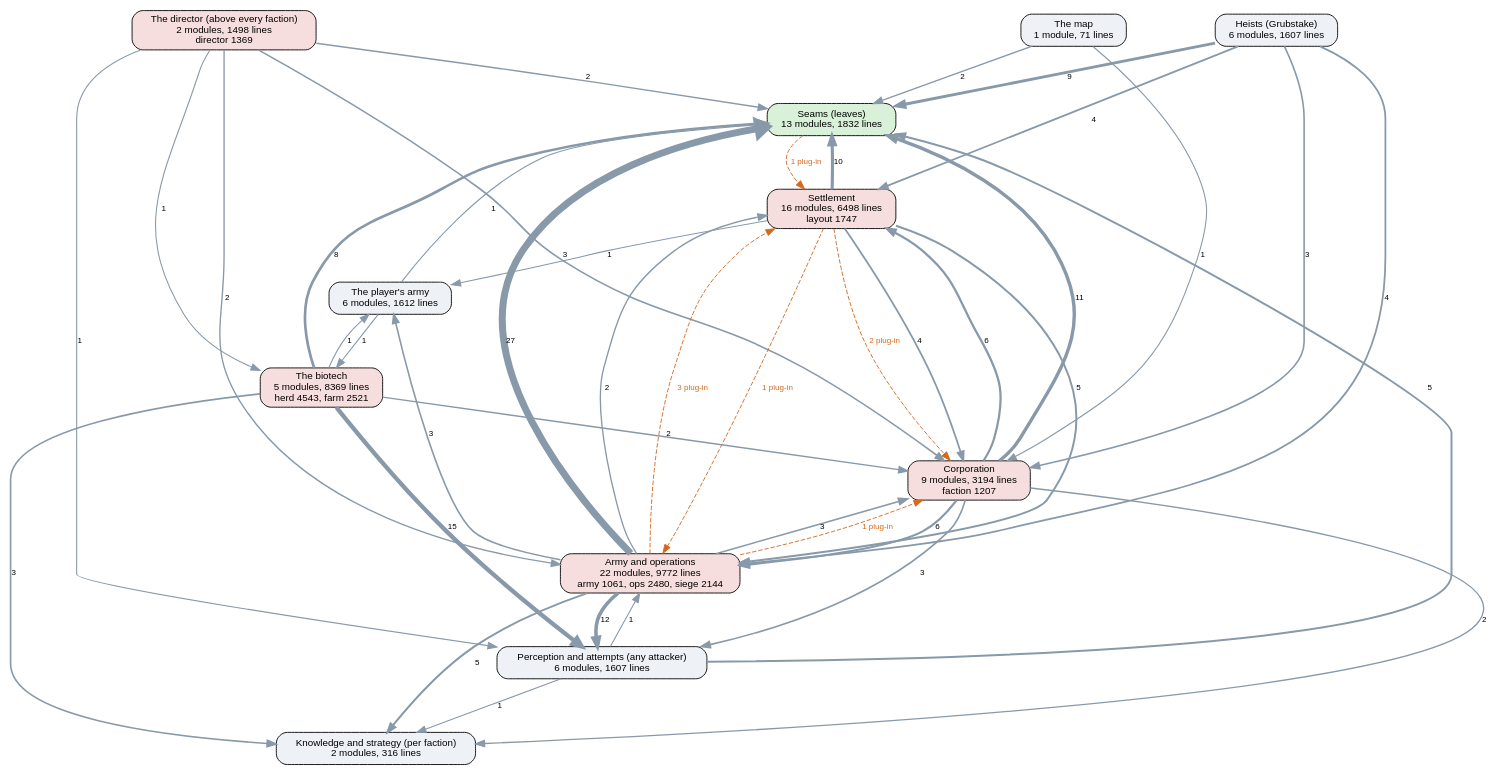
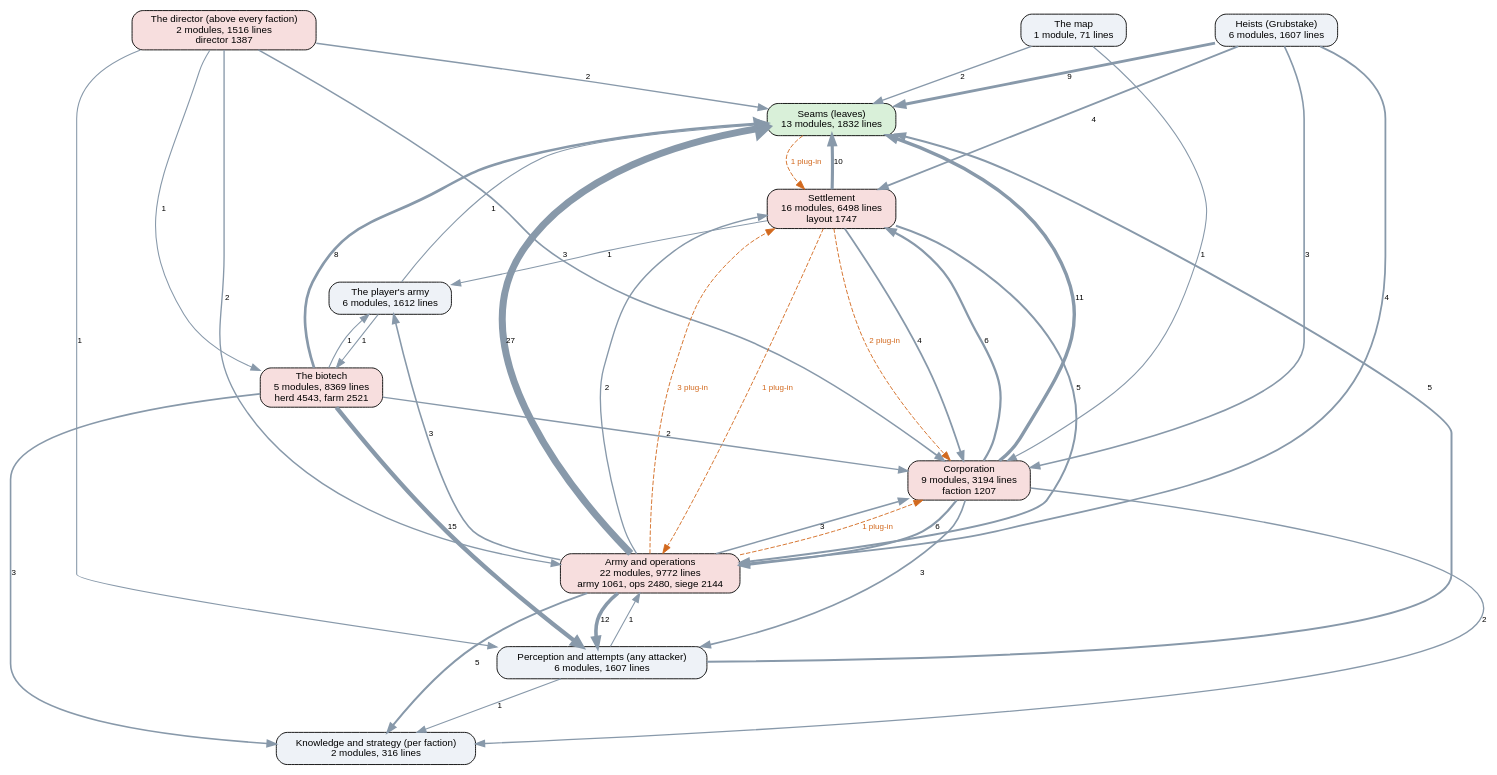
The diagram in docs/ai-layers.dot (kinelhu/landing-party), drawn with Graphviz before and after one commit. The commit also changed 13 other files, not shown here.

```diff
--- a/docs/ai-layers.dot
+++ b/docs/ai-layers.dot
@@ -1,57 +1,57 @@
 digraph layers {
   graph [rankdir=TB, fontname="Helvetica", nodesep=0.5, ranksep=0.7];
   node [shape=box, style="rounded,filled", fontname="Helvetica", fontsize=11, fillcolor="#eef2f7"];
   edge [color="#8899aa", fontname="Helvetica", fontsize=9];
   "Seams (leaves)" [label="Seams (leaves)\n13 modules, 1832 lines", fillcolor="#d9f0d9"];
   "Perception and attempts (any attacker)" [label="Perception and attempts (any attacker)\n6 modules, 1607 lines", fillcolor="#eef2f7"];
   "Knowledge and strategy (per faction)" [label="Knowledge and strategy (per faction)\n2 modules, 316 lines", fillcolor="#eef2f7"];
-  "The director (above every faction)" [label="The director (above every faction)\n2 modules, 1498 lines\ndirector 1369", fillcolor="#f7dede"];
+  "The director (above every faction)" [label="The director (above every faction)\n2 modules, 1516 lines\ndirector 1387", fillcolor="#f7dede"];
   "Corporation" [label="Corporation\n9 modules, 3194 lines\nfaction 1207", fillcolor="#f7dede"];
   "Settlement" [label="Settlement\n16 modules, 6498 lines\nlayout 1747", fillcolor="#f7dede"];
   "Army and operations" [label="Army and operations\n22 modules, 9772 lines\narmy 1061, ops 2480, siege 2144", fillcolor="#f7dede"];
   "Heists (Grubstake)" [label="Heists (Grubstake)\n6 modules, 1607 lines", fillcolor="#eef2f7"];
   "The biotech" [label="The biotech\n5 modules, 8369 lines\nherd 4543, farm 2521", fillcolor="#f7dede"];
   "The map" [label="The map\n1 module, 71 lines", fillcolor="#eef2f7"];
   "The player's army" [label="The player's army\n6 modules, 1612 lines", fillcolor="#eef2f7"];
   "Army and operations" -> "Corporation" [label="3", penwidth=1.8];
   "Army and operations" -> "Knowledge and strategy (per faction)" [label="5", penwidth=2.2];
   "Army and operations" -> "Perception and attempts (any attacker)" [label="12", penwidth=4.0];
   "Army and operations" -> "Seams (leaves)" [label="27", penwidth=7.8];
   "Army and operations" -> "Settlement" [label="2", penwidth=1.5];
   "Army and operations" -> "The player's army" [label="3", penwidth=1.8];
   "Corporation" -> "Army and operations" [label="6", penwidth=2.5];
   "Corporation" -> "Knowledge and strategy (per faction)" [label="2", penwidth=1.5];
   "Corporation" -> "Perception and attempts (any attacker)" [label="3", penwidth=1.8];
   "Corporation" -> "Seams (leaves)" [label="11", penwidth=3.8];
   "Corporation" -> "Settlement" [label="6", penwidth=2.5];
   "Heists (Grubstake)" -> "Army and operations" [label="4", penwidth=2.0];
   "Heists (Grubstake)" -> "Corporation" [label="3", penwidth=1.8];
   "Heists (Grubstake)" -> "Seams (leaves)" [label="9", penwidth=3.2];
   "Heists (Grubstake)" -> "Settlement" [label="4", penwidth=2.0];
   "Perception and attempts (any attacker)" -> "Army and operations" [label="1", penwidth=1.2];
   "Perception and attempts (any attacker)" -> "Knowledge and strategy (per faction)" [label="1", penwidth=1.2];
   "Perception and attempts (any attacker)" -> "Seams (leaves)" [label="5", penwidth=2.2];
   "Settlement" -> "Army and operations" [label="5", penwidth=2.2];
   "Settlement" -> "Corporation" [label="4", penwidth=2.0];
   "Settlement" -> "Seams (leaves)" [label="10", penwidth=3.5];
   "Settlement" -> "The player's army" [label="1", penwidth=1.2];
   "The biotech" -> "Corporation" [label="2", penwidth=1.5];
   "The biotech" -> "Knowledge and strategy (per faction)" [label="3", penwidth=1.8];
   "The biotech" -> "Perception and attempts (any attacker)" [label="15", penwidth=4.8];
   "The biotech" -> "Seams (leaves)" [label="8", penwidth=3.0];
   "The biotech" -> "The player's army" [label="1", penwidth=1.2];
   "The director (above every faction)" -> "Army and operations" [label="2", penwidth=1.5];
   "The director (above every faction)" -> "Corporation" [label="3", penwidth=1.8];
   "The director (above every faction)" -> "Perception and attempts (any attacker)" [label="1", penwidth=1.2];
   "The director (above every faction)" -> "Seams (leaves)" [label="2", penwidth=1.5];
   "The director (above every faction)" -> "The biotech" [label="1", penwidth=1.2];
   "The map" -> "Corporation" [label="1", penwidth=1.2];
   "The map" -> "Seams (leaves)" [label="2", penwidth=1.5];
   "The player's army" -> "Seams (leaves)" [label="1", penwidth=1.2];
   "The player's army" -> "The biotech" [label="1", penwidth=1.2];
   "Army and operations" -> "Corporation" [style=dashed, color="#d2691e", fontcolor="#d2691e", label="1 plug-in"];
   "Army and operations" -> "Settlement" [style=dashed, color="#d2691e", fontcolor="#d2691e", label="3 plug-in"];
   "Seams (leaves)" -> "Settlement" [style=dashed, color="#d2691e", fontcolor="#d2691e", label="1 plug-in"];
   "Settlement" -> "Army and operations" [style=dashed, color="#d2691e", fontcolor="#d2691e", label="1 plug-in"];
   "Settlement" -> "Corporation" [style=dashed, color="#d2691e", fontcolor="#d2691e", label="2 plug-in"];
 }
```
